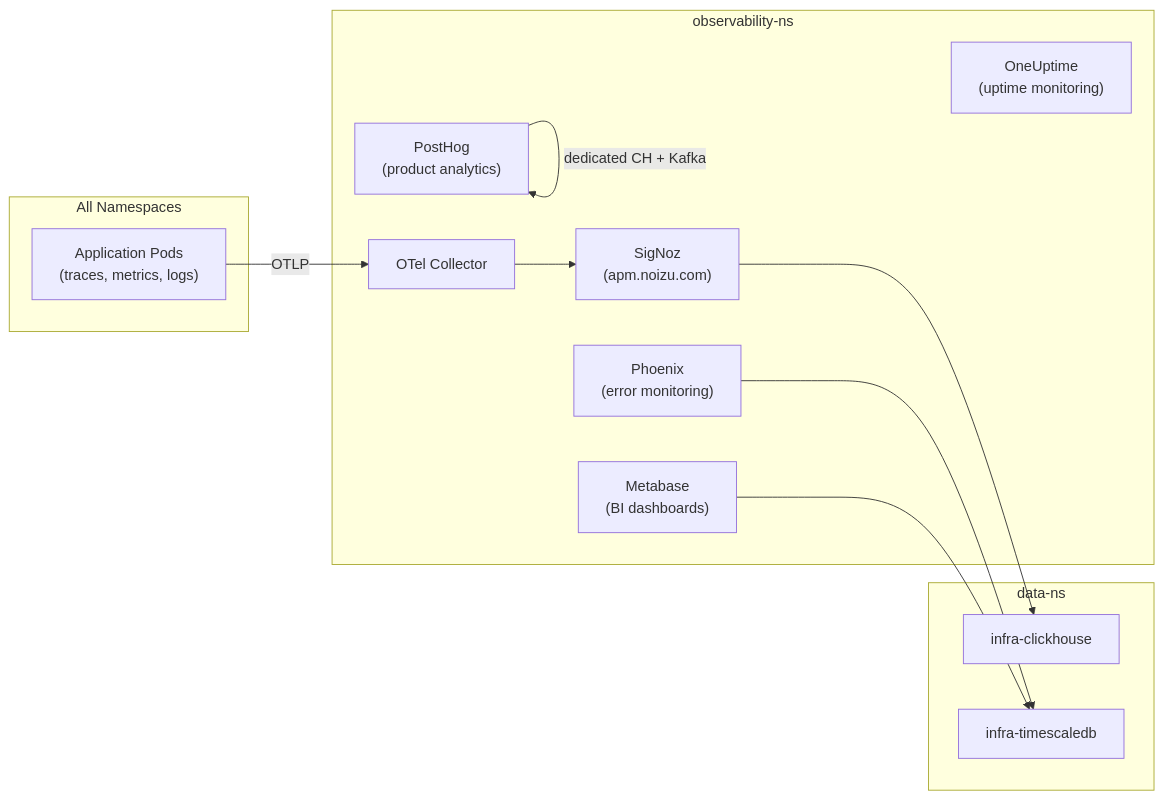
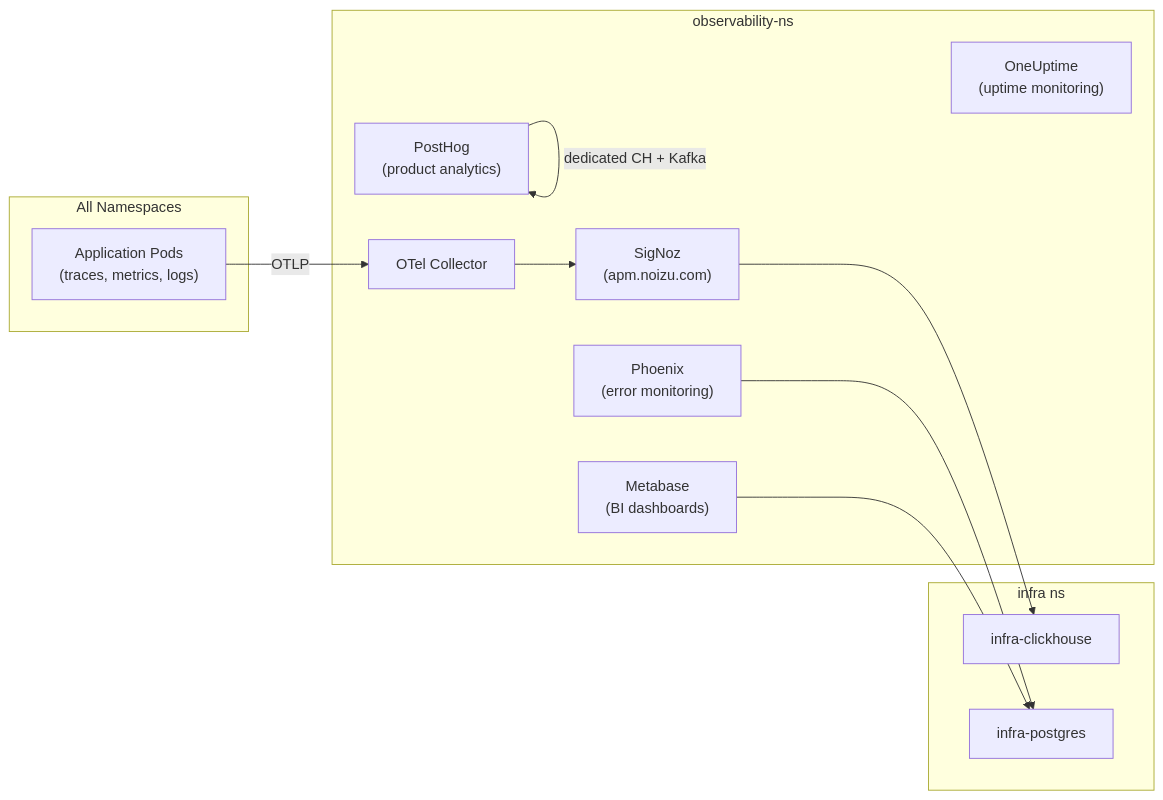
The eighth of 10 diagrams in docs/infrastructure-topology.md (the-robot-lives/claude-assist), drawn with Mermaid before and after one commit. The commit also changed other lines of this file and 64 other files, not shown here.

````diff
--- a/docs/infrastructure-topology.md
+++ b/docs/infrastructure-topology.md
@@ -322,25 +317,25 @@
 ```mermaid
 flowchart LR
     subgraph "All Namespaces"
         Pods["Application Pods\n(traces, metrics, logs)"]
     end
 
     subgraph "observability-ns"
         OTel["OTel Collector"]
         SigNoz["SigNoz\n(apm.noizu.com)"]
         PostHog["PostHog\n(product analytics)"]
         Phoenix["Phoenix\n(error monitoring)"]
         Metabase["Metabase\n(BI dashboards)"]
         OneUptime["OneUptime\n(uptime monitoring)"]
     end
 
-    subgraph "data-ns"
+    subgraph "infra ns"
         CH["infra-clickhouse"]
-        PG["infra-timescaledb"]
+        PG["infra-postgres"]
     end
 
     Pods -->|"OTLP"| OTel --> SigNoz --> CH
     Phoenix --> PG
     PostHog -->|"dedicated CH + Kafka"| PostHog
     Metabase --> PG
 ```
````
